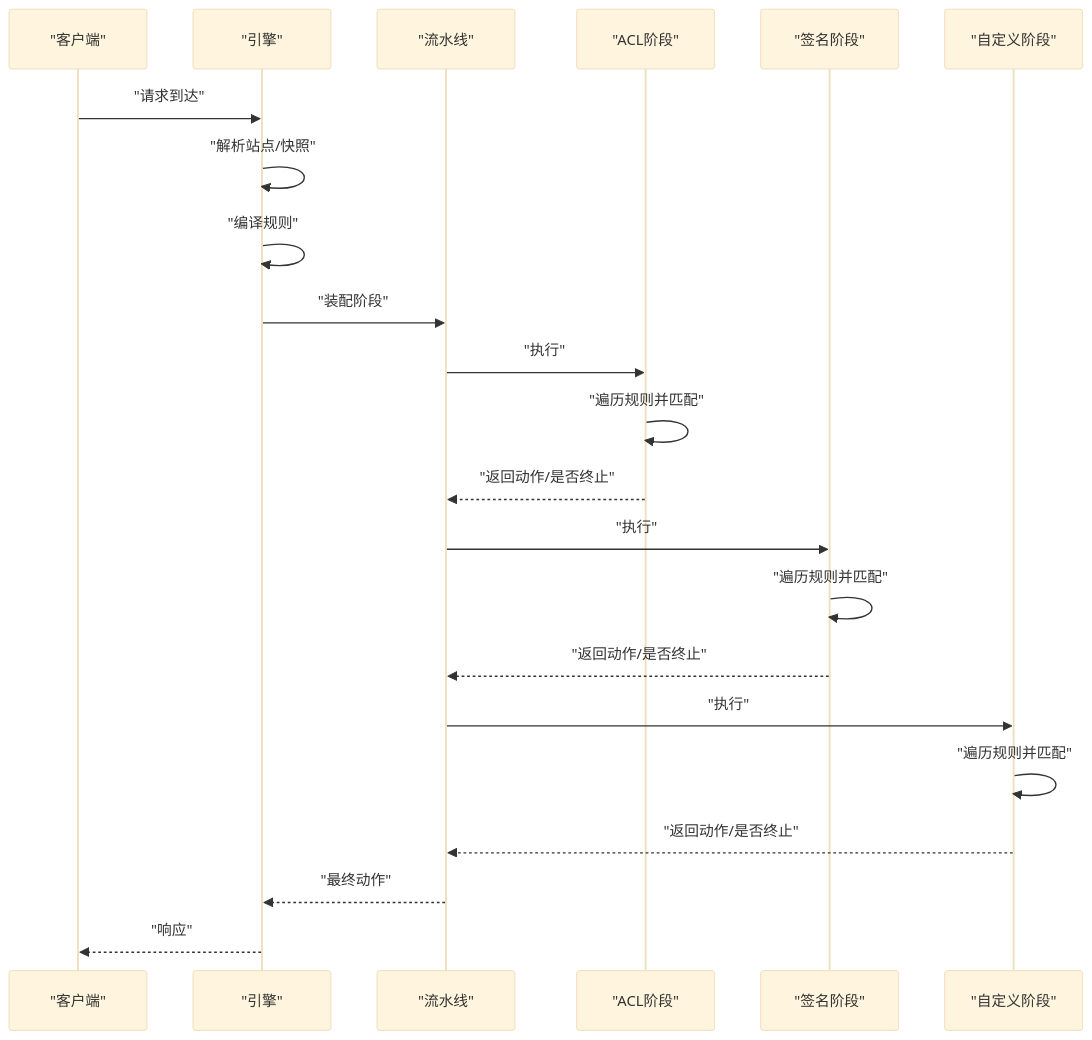
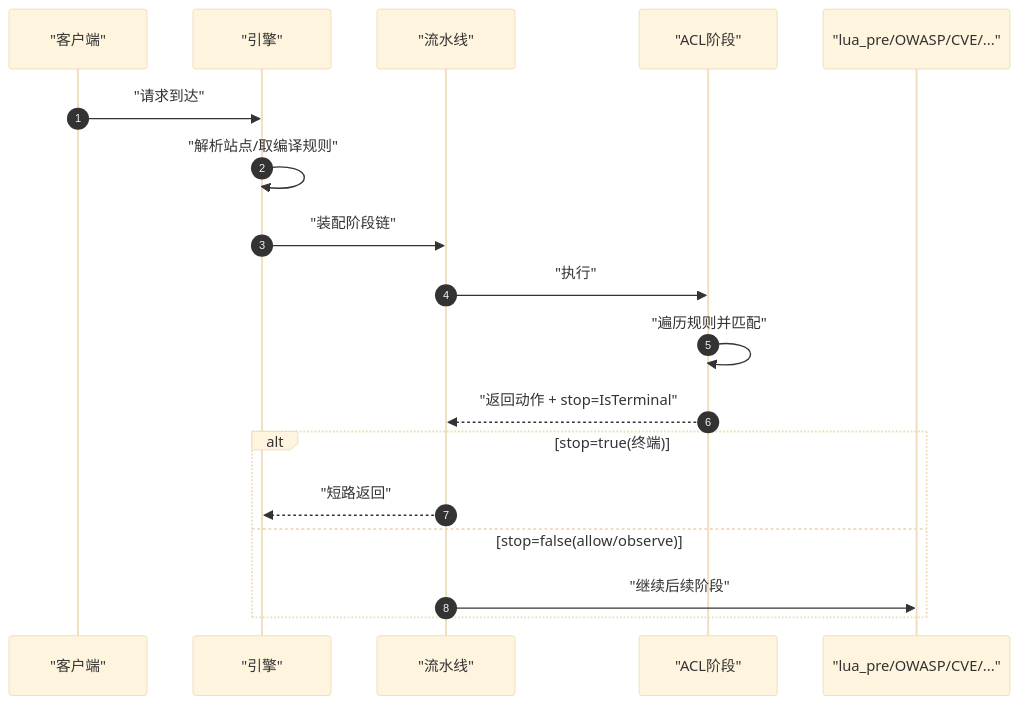
Before and after one commit to x01n/My-OpenWaf: the second of 5 diagrams in docs/WAF 引擎系统/处理阶段详解/ACL 访问控制阶段.md, drawn with Mermaid (base theme). The commit also changed other lines of this file and 622 other files, not shown here.

````diff
--- a/docs/WAF 引擎系统/处理阶段详解/ACL 访问控制阶段.md
+++ b/docs/WAF 引擎系统/处理阶段详解/ACL 访问控制阶段.md
@@ -106,24 +109,20 @@
 ```mermaid
 sequenceDiagram
-participant Client as "客户端"
-participant Engine as "引擎"
-participant Pipe as "流水线"
-participant ACL as "ACL阶段"
-participant Sig as "签名阶段"
-participant Cust as "自定义阶段"
-Client->>Engine : "请求到达"
-Engine->>Engine : "解析站点/快照"
-Engine->>Engine : "编译规则"
-Engine->>Pipe : "装配阶段"
-Pipe->>ACL : "执行"
-ACL->>ACL : "遍历规则并匹配"
-ACL-->>Pipe : "返回动作/是否终止"
-Pipe->>Sig : "执行"
-Sig->>Sig : "遍历规则并匹配"
-Sig-->>Pipe : "返回动作/是否终止"
-Pipe->>Cust : "执行"
-Cust->>Cust : "遍历规则并匹配"
-Cust-->>Pipe : "返回动作/是否终止"
-Pipe-->>Engine : "最终动作"
-Engine-->>Client : "响应"
+  autonumber
+  participant Client as "客户端"
+  participant Engine as "引擎"
+  participant Pipe as "流水线"
+  participant ACL as "ACL阶段"
+  participant Rest as "lua_pre/OWASP/CVE/..."
+  Client->>Engine : "请求到达"
+  Engine->>Engine : "解析站点/取编译规则"
+  Engine->>Pipe : "装配阶段链"
+  Pipe->>ACL : "执行"
+  ACL->>ACL : "遍历规则并匹配"
+  ACL-->>Pipe : "返回动作 + stop=IsTerminal"
+  alt stop=true(终端)
+    Pipe-->>Engine : "短路返回"
+  else stop=false(allow/observe)
+    Pipe->>Rest : "继续后续阶段"
+  end
 ```
````
